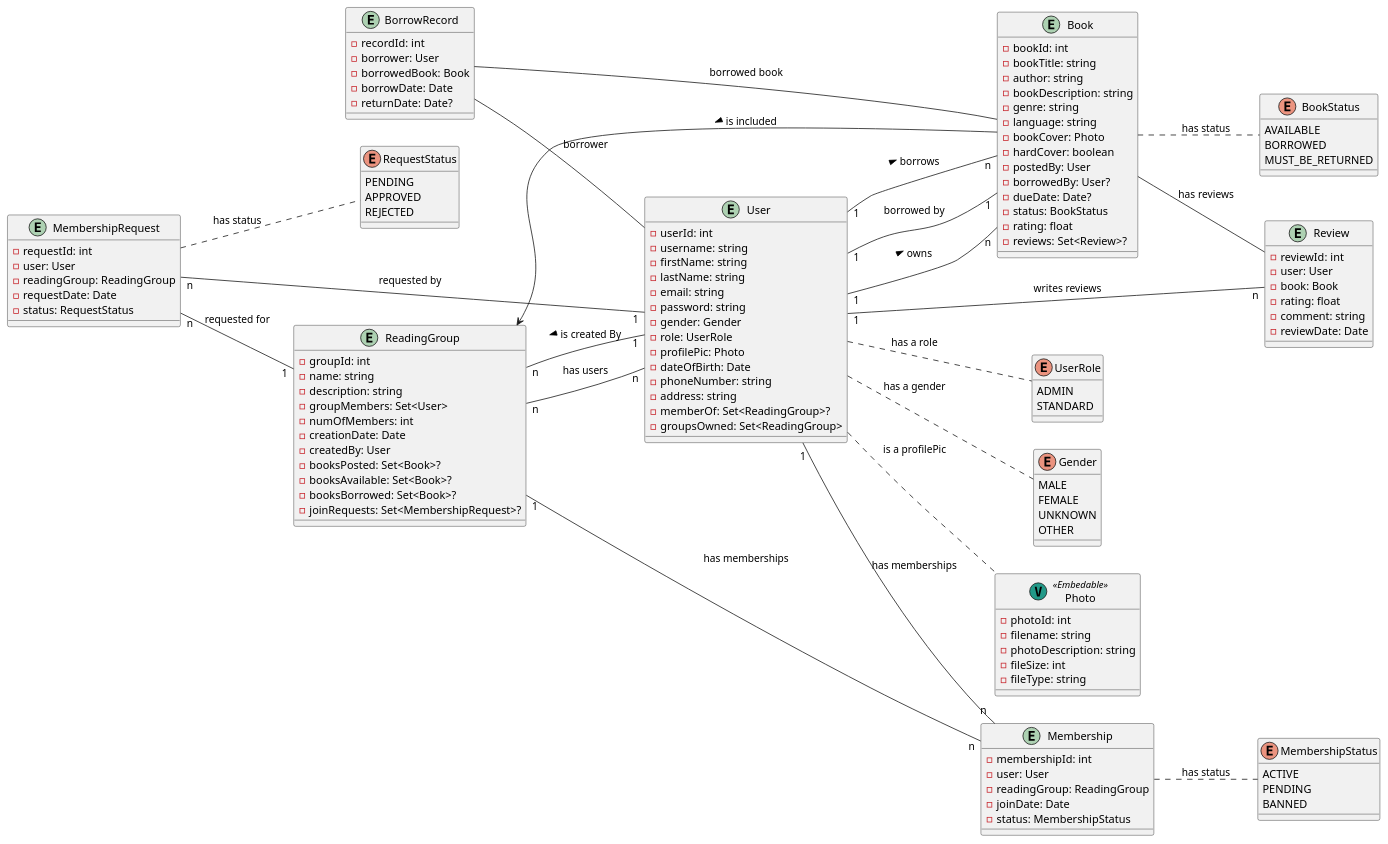
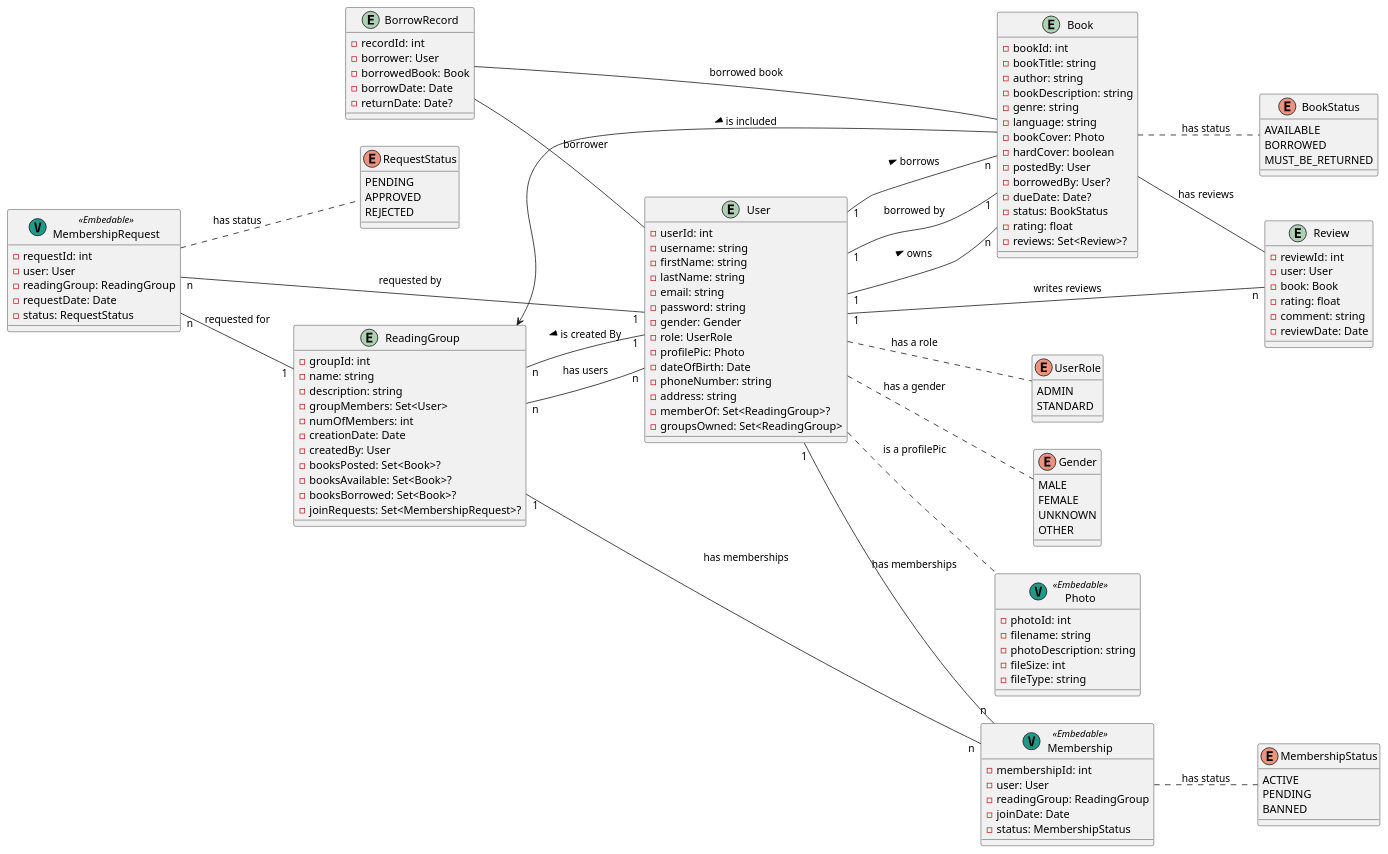
One commit to magdalinamihova/temp1 changed the diagram in src/main/plantuml/pos-project.puml. Above: the diagram before and after it, drawn with PlantUML.

Commit message:
changed value objects

```diff
--- a/src/main/plantuml/pos-project.puml
+++ b/src/main/plantuml/pos-project.puml
@@ -1,145 +1,145 @@
 @startuml
 
 left to right direction
 
 enum UserRole {
   ADMIN
   STANDARD
 }
 
 entity BorrowRecord {
   -recordId: int
   -borrower: User
   -borrowedBook: Book
   -borrowDate: Date
   -returnDate: Date?
 }
 
 entity Review {
   -reviewId: int
   -user: User
   -book: Book
   -rating: float
   -comment: string
   -reviewDate: Date
 }
 
 enum RequestStatus {
   PENDING
   APPROVED
   REJECTED
 }
 
 entity Book {
   -bookId: int
   -bookTitle: string
   -author: string
   -bookDescription: string
   -genre: string
   - language: string
   -bookCover: Photo
   -hardCover: boolean
   -postedBy: User
   -borrowedBy: User?
   -dueDate: Date?
   -status: BookStatus
   -rating: float
   -reviews: Set<Review>?
 }
 
 entity User {
   -userId: int
   -username: string
   -firstName: string
   -lastName: string
   -email: string
   -password: string
   -gender: Gender
   -role: UserRole
   -profilePic: Photo
   -dateOfBirth: Date
   -phoneNumber: string
   -address: string
   -memberOf: Set<ReadingGroup>?
   -groupsOwned: Set<ReadingGroup>
 }
 
 entity ReadingGroup {
   -groupId: int
   -name: string
   -description: string
   -groupMembers: Set<User>
   -numOfMembers: int
   -creationDate: Date
   -createdBy: User
   -booksPosted: Set<Book>?
   -booksAvailable: Set<Book>?
   -booksBorrowed: Set<Book>?
   -joinRequests: Set<MembershipRequest>?
 }
 
 enum MembershipStatus {
   ACTIVE
   PENDING
   BANNED
 }
 
-entity MembershipRequest {
+class MembershipRequest << (V,#229988) Embedable>> {
   -requestId: int
   -user: User
   -readingGroup: ReadingGroup
   -requestDate: Date
   -status: RequestStatus
 }
 
 enum BookStatus {
   AVAILABLE
   BORROWED
   MUST_BE_RETURNED
 }
 
 enum Gender {
   MALE
   FEMALE
   UNKNOWN
   OTHER
 }
 
-entity Membership {
+class Membership << (V,#229988) Embedable>>{
   -membershipId: int
   -user: User
   -readingGroup: ReadingGroup
   -joinDate: Date
   -status: MembershipStatus
 }
 
 class Photo << (V,#229988) Embedable>> {
   -photoId: int
   -filename: string
   -photoDescription: string
   -fileSize: int
   -fileType: string
 }
 
 User .. UserRole : has a role
 User .. Photo : is a profilePic
 User .. Gender : has a gender
 User "1" -- "n" Book : > borrows
 User "1" -- "n" Book : > owns
 Book "1" -- "1" User :  borrowed by
 ReadingGroup <-- Book : < is included
 ReadingGroup "n" -- "n" User : has users
 ReadingGroup "n" -- "1" User : < is created By
 BorrowRecord -- User : borrower
 BorrowRecord -- Book : borrowed book
 Book -- Review : has reviews
 User "1" -- "n" Review : writes reviews
 User "1" -- "n" Membership : has memberships
 ReadingGroup "1" -- "n" Membership : has memberships
 MembershipRequest "n" -- "1" User : requested by
 MembershipRequest "n" -- "1" ReadingGroup : requested for
 Book .. BookStatus : has status
 Membership .. MembershipStatus : has status
 MembershipRequest .. RequestStatus : has status
 
 @enduml
```
